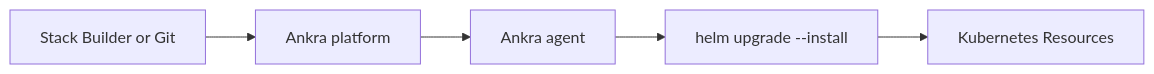
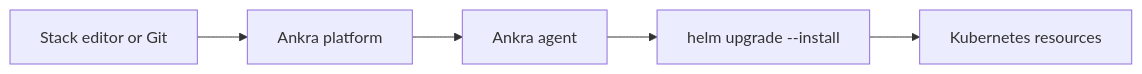
Before and after one commit to ankraio/ankra-docs: the diagram in concepts/addons.mdx, drawn with Mermaid. The commit also changed other lines of this file and 11 other files, not shown here.

First line of the commit message:
docs(concepts): Stacks, add-ons, GitOps, variables, the agent and organisations on the portal as served (ankra-4xh2sn.5.1)

````diff
--- a/concepts/addons.mdx
+++ b/concepts/addons.mdx
@@ -22,7 +10,7 @@
 ```mermaid
 flowchart LR
-    Stack[Stack Builder or Git] --> Platform[Ankra platform]
+    Source[Stack editor or Git] --> Platform[Ankra platform]
     Platform --> Agent[Ankra agent]
     Agent --> Helm[helm upgrade --install]
-    Helm --> K8s[Kubernetes Resources]
+    Helm --> K8s[Kubernetes resources]
 ```
````
